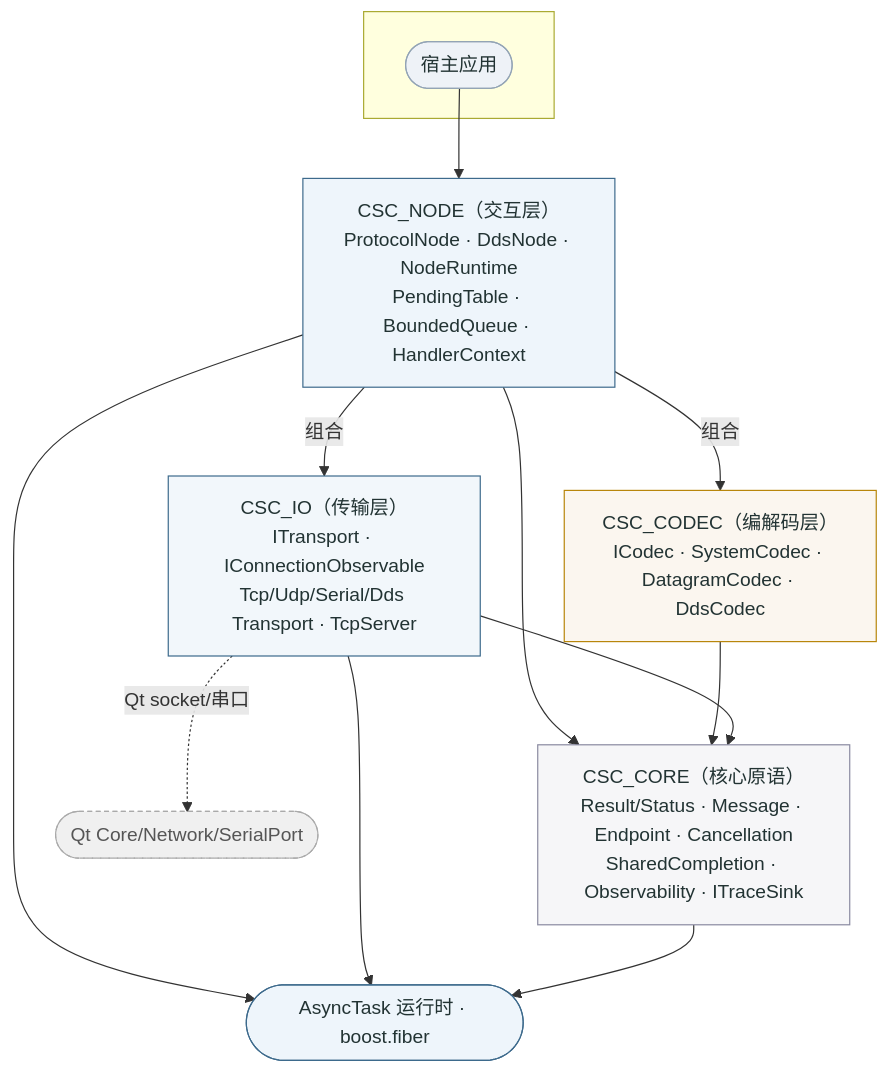
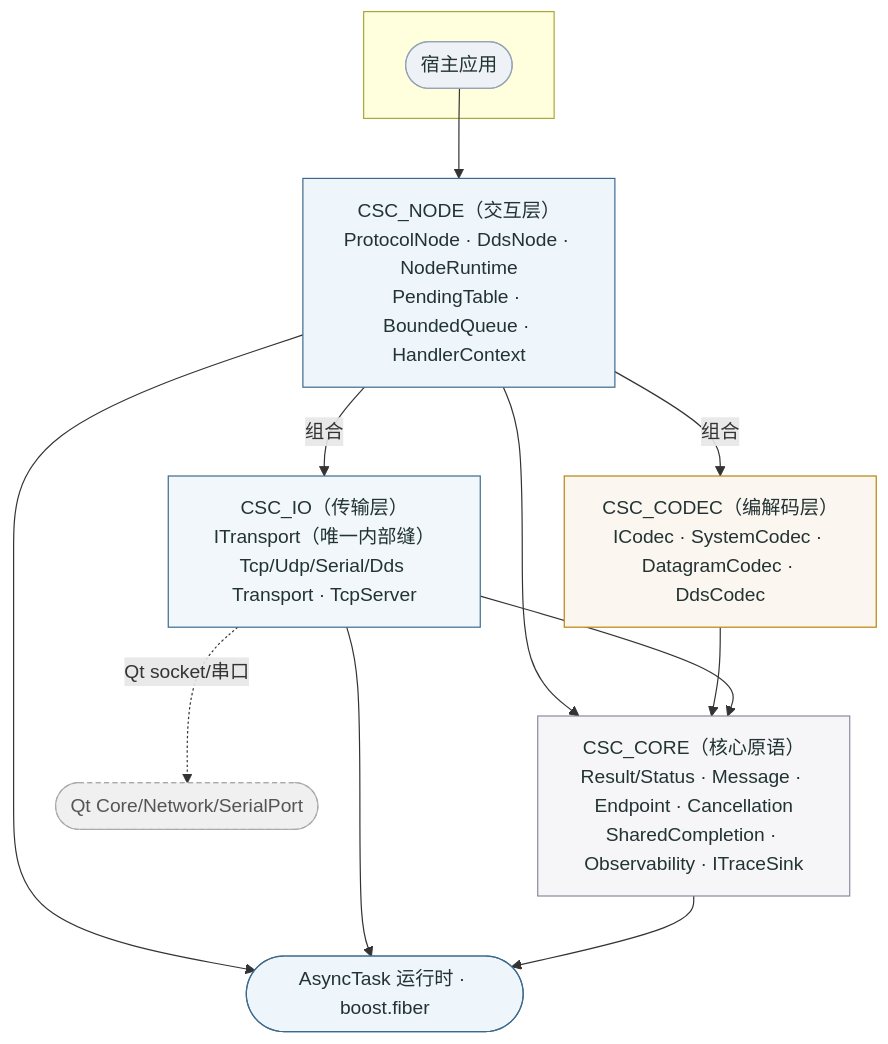
Before and after one commit to Ste7an-cs/Transport: the diagram in docs/diagrams/sdd-csc-layers.mmd, drawn with Mermaid. The commit also changed 11 other files, not shown here.

First line of the commit message:
docs: 同步 IConnectionObservable 删除(SDD/README/CHANGELOG/类图)

```diff
--- a/docs/diagrams/sdd-csc-layers.mmd
+++ b/docs/diagrams/sdd-csc-layers.mmd
@@ -1,33 +1,33 @@
 flowchart TB
     subgraph HOST[" "]
       APP([宿主应用])
     end
     NODE["CSC_NODE（交互层）<br/>ProtocolNode · DdsNode · NodeRuntime<br/>PendingTable · BoundedQueue · HandlerContext"]
     CODEC["CSC_CODEC（编解码层）<br/>ICodec · SystemCodec · DatagramCodec · DdsCodec"]
-    IO["CSC_IO（传输层）<br/>ITransport · IConnectionObservable<br/>Tcp/Udp/Serial/Dds Transport · TcpServer"]
+    IO["CSC_IO（传输层）<br/>ITransport（唯一内部缝）<br/>Tcp/Udp/Serial/Dds Transport · TcpServer"]
     CORE["CSC_CORE（核心原语）<br/>Result/Status · Message · Endpoint · Cancellation<br/>SharedCompletion · Observability · ITraceSink"]
     RT([AsyncTask 运行时 · boost.fiber])
     QT([Qt Core/Network/SerialPort]):::opt
 
     APP --> NODE
     NODE -->|组合| CODEC
     NODE -->|组合| IO
     NODE --> CORE
     CODEC --> CORE
     IO --> CORE
     IO -.Qt socket/串口.-> QT
     NODE --> RT
     IO --> RT
     CORE --> RT
 
     classDef host fill:#eef2f7,stroke:#93a4b5,color:#233;
     classDef node fill:#eef5fb,stroke:#3d6a8c,color:#233;
     classDef codec fill:#fbf6ef,stroke:#b8860b,color:#233;
     classDef io fill:#f2f7fb,stroke:#3d6a8c,color:#233;
     classDef core fill:#f6f6f8,stroke:#8a8aa0,color:#233;
     classDef opt fill:#f0f0f0,stroke:#aaa,color:#555,stroke-dasharray:4 3;
     class APP host;
     class NODE node;
     class CODEC codec;
     class IO io;
     class CORE core;
```
